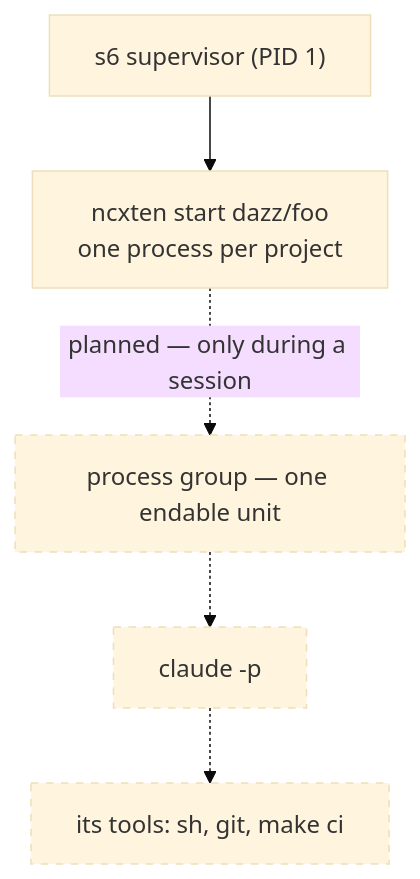
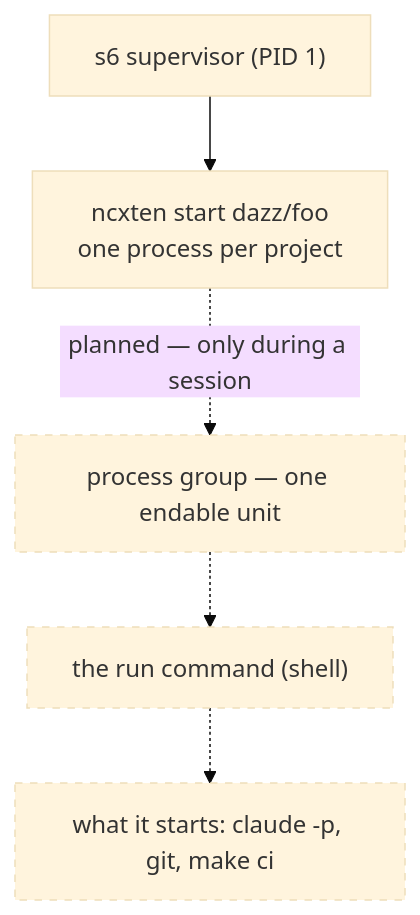
One commit to dazz/ncxten changed the second of 5 diagrams in docs/content/docs/how-it-works.md. Above: the diagram before and after it, drawn with Mermaid (base theme). The commit also changed other lines of this file, not shown here.

First line of the commit message:
docs: how-it-works planned parts follow the 002 re-cut — the run command is the session

````diff
--- a/docs/content/docs/how-it-works.md
+++ b/docs/content/docs/how-it-works.md
@@ -51,14 +54,14 @@
 ```mermaid
 flowchart TB
   s6["s6 supervisor (PID 1)"]
   p1["ncxten start dazz/foo<br/>one process per project"]
   grp["process group — one endable unit"]
-  claude["claude -p"]
-  tools["its tools: sh, git, make ci"]
+  cmd["the run command (shell)"]
+  tools["what it starts: claude -p, git, make ci"]
   s6 --> p1
   p1 -.->|"planned — only during a session"| grp
-  grp -.-> claude
-  claude -.-> tools
+  grp -.-> cmd
+  cmd -.-> tools
   classDef planned stroke-dasharray: 5 5
-  class grp,claude,tools planned
+  class grp,cmd,tools planned
 ```
````
